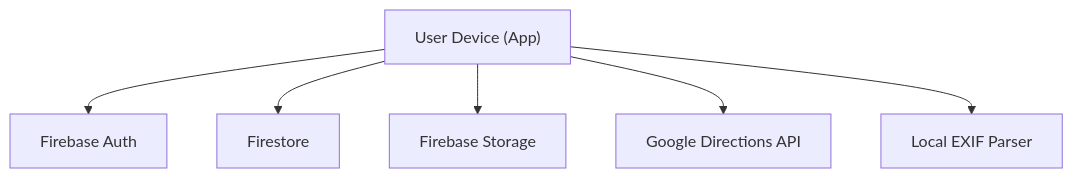
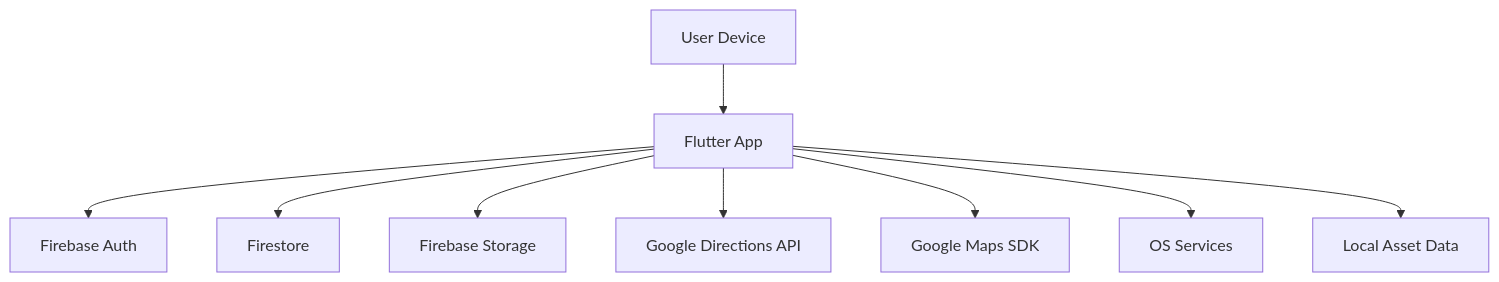
Before and after one commit to Paristech1/SpeedBumbps: the diagram in speed bump-threat-model.md, drawn with Mermaid. The commit also changed other lines of this file and 33 other files, not shown here.

````diff
--- a/speed bump-threat-model.md
+++ b/speed bump-threat-model.md
@@ -51,8 +37,11 @@
 ```mermaid
 flowchart TD
-  A["User Device (App)"] --> B["Firebase Auth"]
-  A --> C["Firestore"]
-  A --> D["Firebase Storage"]
-  A --> E["Google Directions API"]
-  A --> F["Local EXIF Parser"]
+  A["User Device"] --> B["Flutter App"]
+  B --> C["Firebase Auth"]
+  B --> D["Firestore"]
+  B --> E["Firebase Storage"]
+  B --> F["Google Directions API"]
+  B --> G["Google Maps SDK"]
+  B --> H["OS Services"]
+  B --> I["Local Asset Data"]
 ```
````
